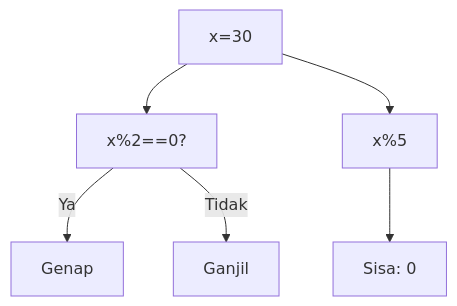
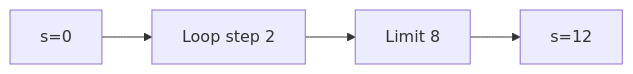
One commit to amnahwaida/OSNK_INF_PREP changed diagram 14 of 25 in part-c-pemahaman-cpp/03-perulangan/latihan/set-08.md. Above: the diagram before and after it, drawn with Mermaid. The commit also changed other lines of this file and 71 other files, not shown here.

````diff
--- a/part-c-pemahaman-cpp/03-perulangan/latihan/set-08.md
+++ b/part-c-pemahaman-cpp/03-perulangan/latihan/set-08.md
@@ -473,8 +372,6 @@
 ```mermaid
-graph TD
-A["x=30"] --> B["x%2==0?"]
-B -- Ya --> C["Genap"]
-B -- Tidak --> D["Ganjil"]
-A --> E["x%5"]
-E --> F["Sisa: 0"]
+graph LR
+A["s=0"] --> B["Loop step 2"]
+B --> C["Limit 8"]
+C --> D["s=12"]
 ```
````
